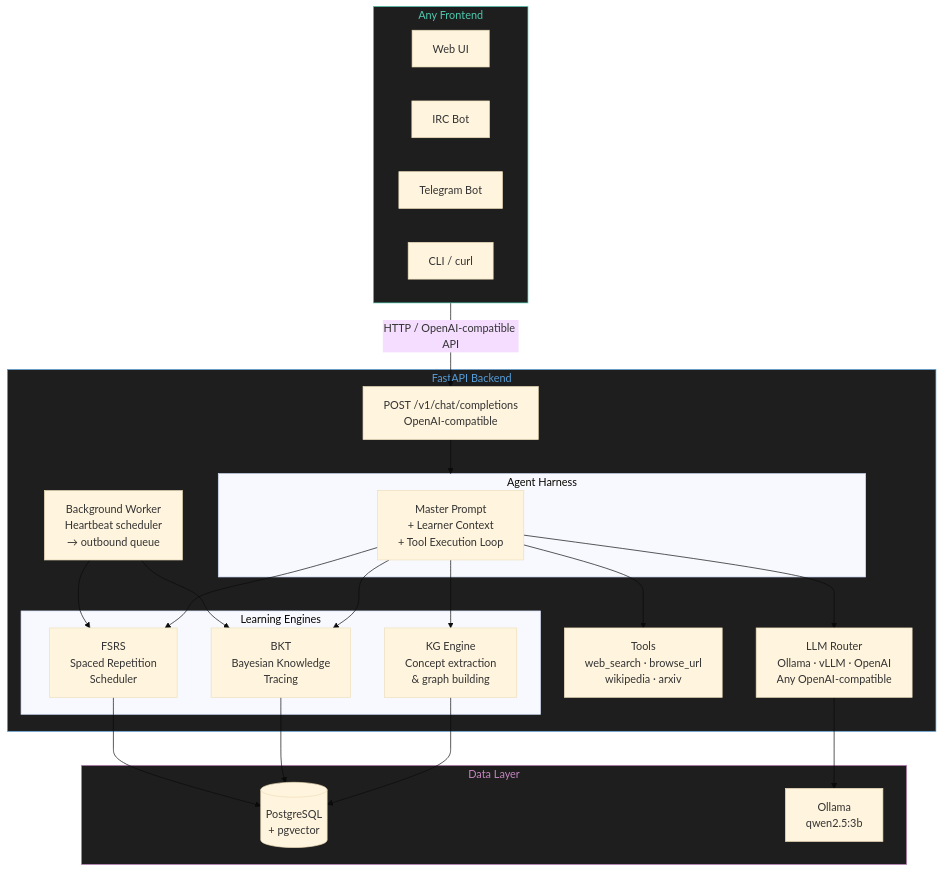
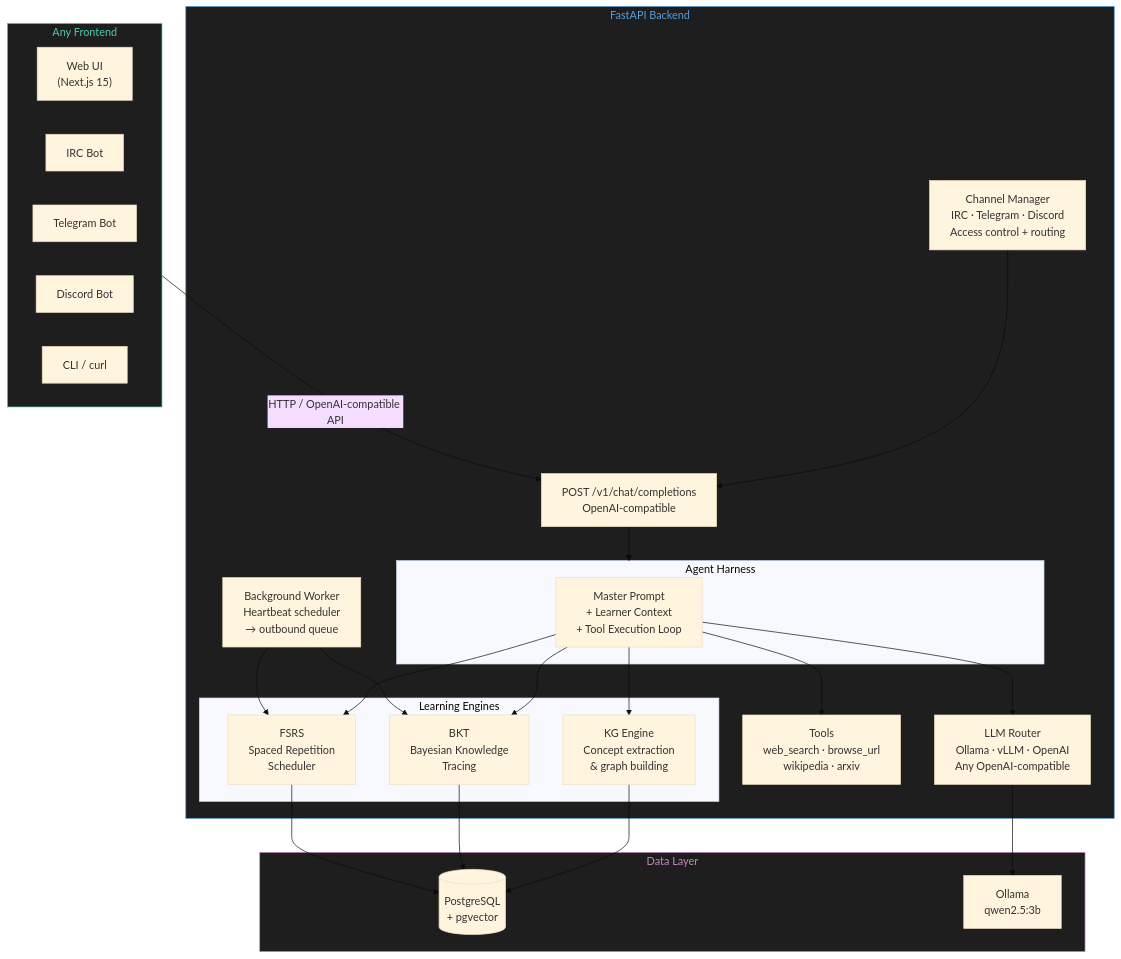
The second of 3 diagrams in README.md (h4ksclaw/learnharness), drawn with Mermaid (base theme) before and after one commit. The commit also changed other lines of this file, not shown here.

First line of the commit message:
Update README: architecture diagrams, container stack, tech stack, endpoints

````diff
--- a/README.md
+++ b/README.md
@@ -66,51 +67,54 @@
 ```mermaid
 graph TB
     subgraph Frontends["Any Frontend"]
-        Web[Web UI]
+        Web["Web UI<br/>(Next.js 15)"]
         IRC[IRC Bot]
         TG[Telegram Bot]
+        DC[Discord Bot]
         CLI[CLI / curl]
     end
 
     Frontends -- "HTTP / OpenAI-compatible API" --> API
 
     subgraph Backend["FastAPI Backend"]
         API["POST /v1/chat/completions<br/>OpenAI-compatible"]
 
         subgraph Harness["Agent Harness"]
             MP["Master Prompt<br/>+ Learner Context<br/>+ Tool Execution Loop"]
         end
 
         subgraph Engines["Learning Engines"]
             KG["KG Engine<br/>Concept extraction<br/>& graph building"]
             BKT["BKT<br/>Bayesian Knowledge<br/>Tracing"]
             FSRS["FSRS<br/>Spaced Repetition<br/>Scheduler"]
         end
 
         WORKER["Background Worker<br/>Heartbeat scheduler<br/>→ outbound queue"]
+        CHAN["Channel Manager<br/>IRC · Telegram · Discord<br/>Access control + routing"]
         TOOLS["Tools<br/>web_search · browse_url<br/>wikipedia · arxiv"]
         LLM["LLM Router<br/>Ollama · vLLM · OpenAI<br/>Any OpenAI-compatible"]
     end
 
     subgraph Data["Data Layer"]
         PG[("PostgreSQL<br/>+ pgvector")]
         OLLAMA["Ollama<br/>qwen2.5:3b"]
     end
 
     API --> Harness
     MP --> KG
     MP --> BKT
     MP --> FSRS
     MP --> TOOLS
     MP --> LLM
     WORKER --> FSRS
     WORKER --> BKT
+    CHAN --> API
     KG --> PG
     BKT --> PG
     FSRS --> PG
     LLM --> OLLAMA
 
     style Frontends fill:#1e1e1e,stroke:#4EC9B0,color:#4EC9B0
     style Backend fill:#1e1e1e,stroke:#569CD6,color:#569CD6
     style Data fill:#1e1e1e,stroke:#C586C0,color:#C586C0
 ```
````
